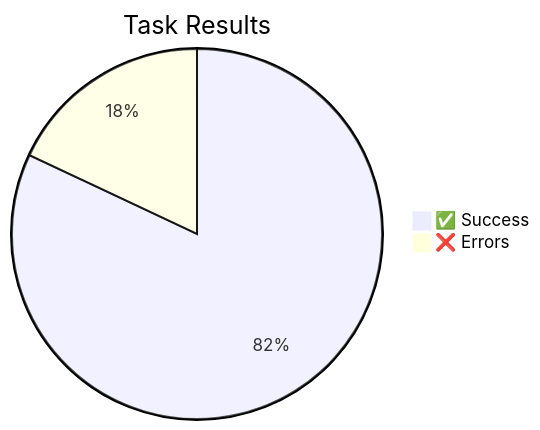
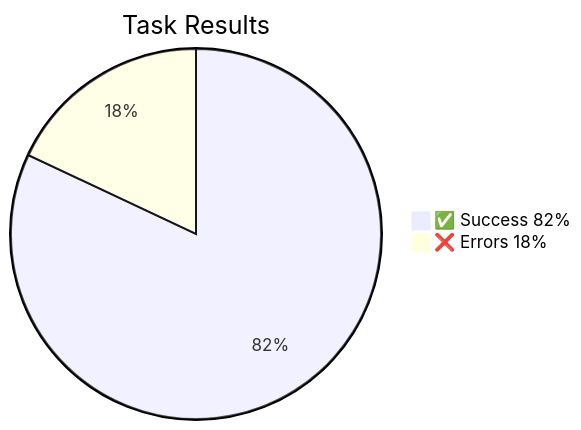
Before and after one commit to mangiapanejohn-dev/Resonix-AG: the fourth of 5 diagrams in README.md, drawn with Mermaid. The commit also changed other lines of this file, not shown here.

First line of the commit message:
docs: optimize diagram colors - purple pink white theme

````diff
--- a/README.md
+++ b/README.md
@@ -112,5 +123,5 @@
 ```mermaid
 pie title Task Results
-    "✅ Success" : 82
-    "❌ Errors" : 18
+    "✅ Success 82%" : 82
+    "❌ Errors 18%" : 18
 ```
````
